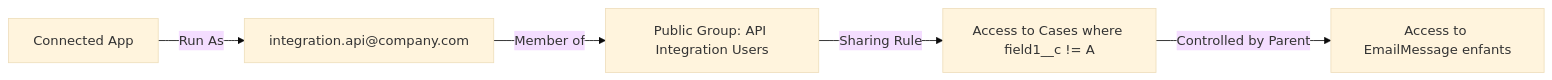
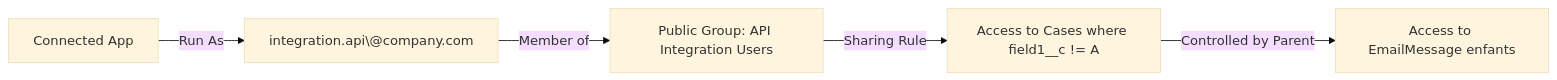
Before and after one commit to alcabon/General-AI-Questions: the first of 6 diagrams in Case EmailMessage Simple.md, drawn with Mermaid (base theme).

Commit message:
Update Case EmailMessage Simple.md

````diff
--- a/Case EmailMessage Simple.md
+++ b/Case EmailMessage Simple.md
@@ -35,7 +35,7 @@
 ```mermaid
 graph LR
-    A[Connected App] -->|Run As| B["integration.api@company.com"]
+    A[Connected App] -->|Run As| B["integration.api\@company.com"]
     B -->|Member of| C["Public Group: API Integration Users"]
     C -->|Sharing Rule| D["Access to Cases where field1__c != A"]
     D -->|Controlled by Parent| E[Access to EmailMessage enfants]
 ```
````
